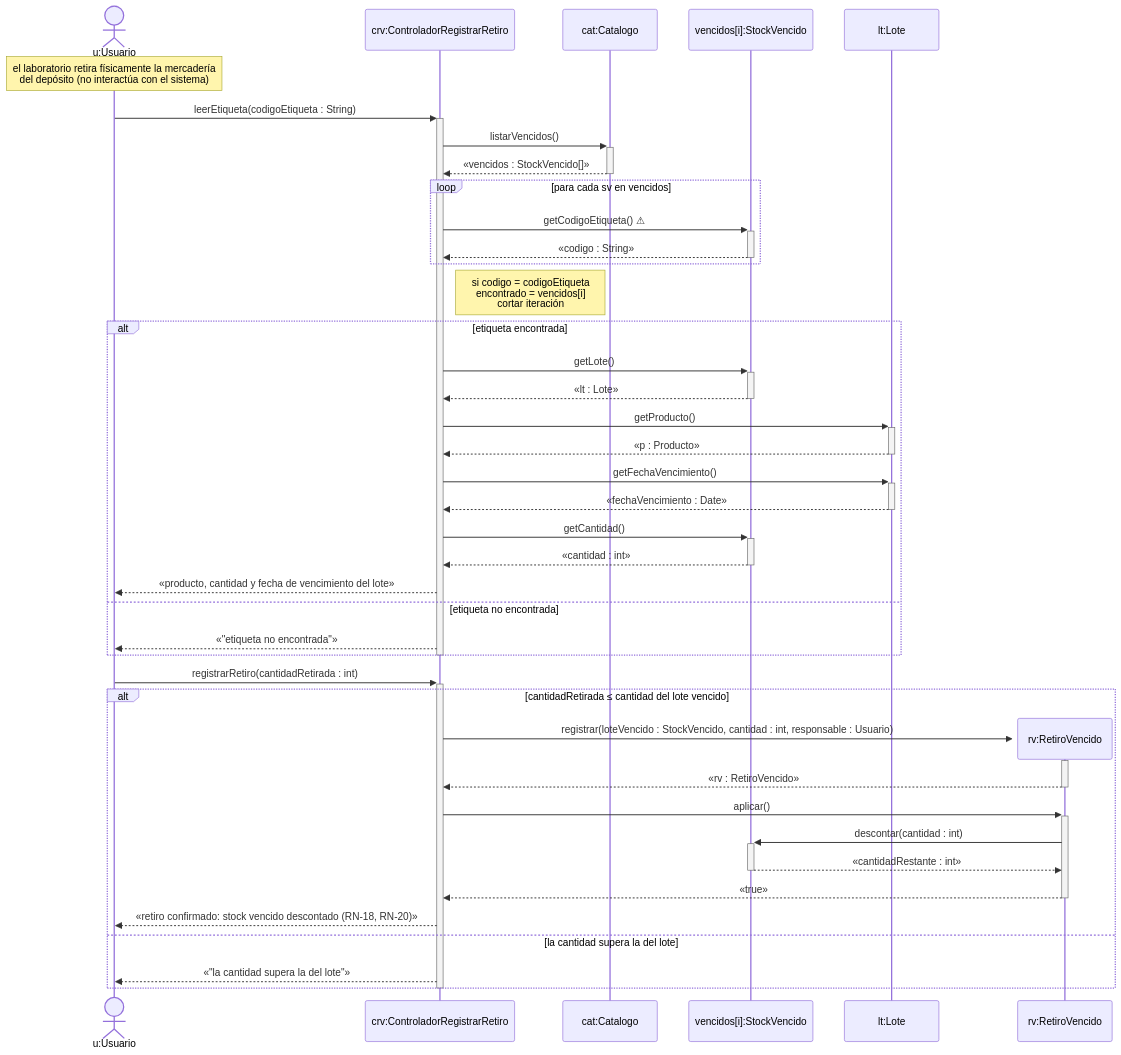
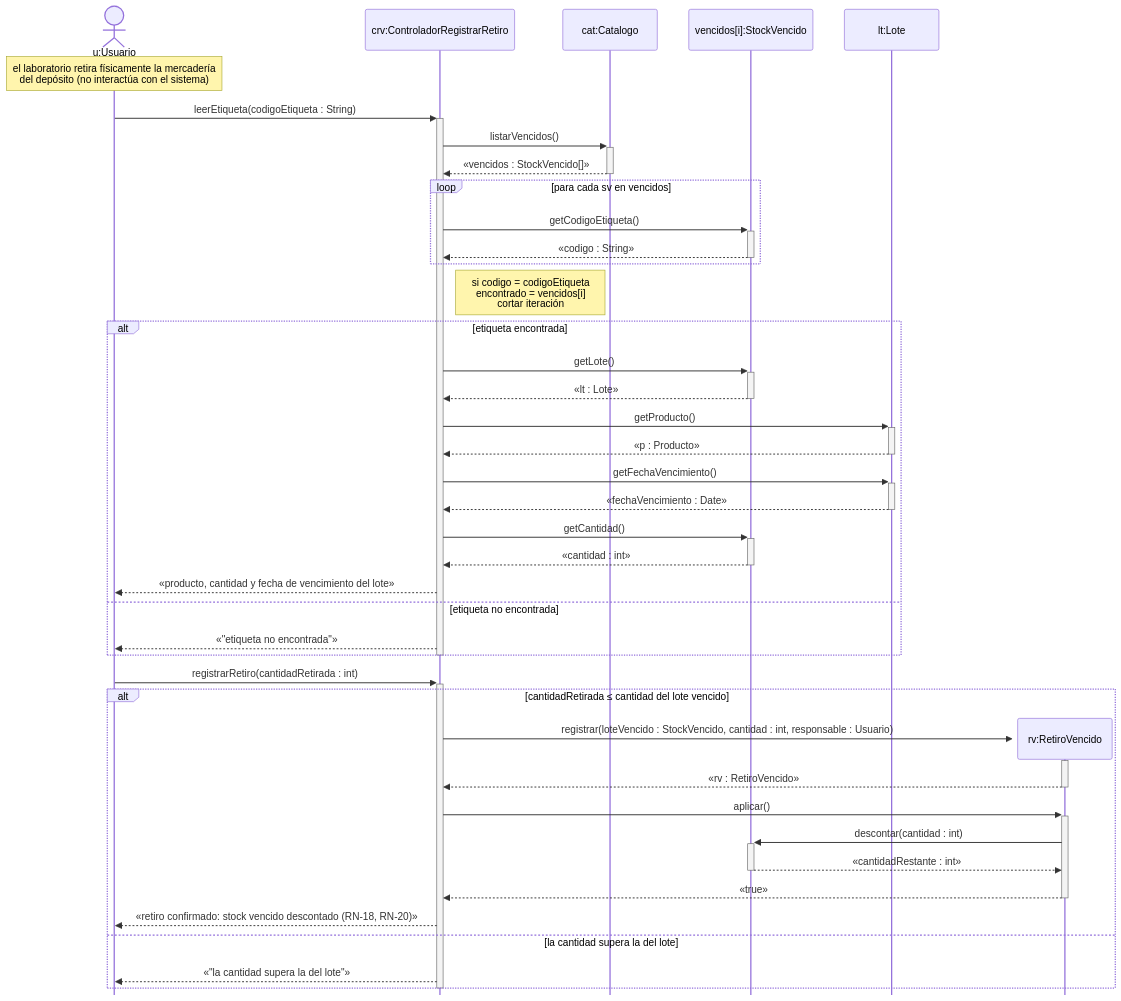
One commit to cirotop/Stock-Project changed the tenth of 12 diagrams in 08-Diagrama De Secuencia/Diagramas_de_Secuencia.md. Above: the diagram before and after it, drawn with Mermaid. The commit also changed other lines of this file and 2 other files, not shown here.

````diff
--- a/08-Diagrama De Secuencia/Diagramas_de_Secuencia.md
+++ b/08-Diagrama De Secuencia/Diagramas_de_Secuencia.md
@@ -330,47 +338,48 @@
 ```mermaid
+%%{init: {"sequence": {"mirrorActors": false}, "themeCSS": ".loopLine { stroke-dasharray: none !important; stroke-width: 1.5px !important; }"}}%%
 sequenceDiagram
     actor u as u:Usuario
     participant crv as crv:ControladorRegistrarRetiro
     participant cat as cat:Catalogo
     participant sv as vencidos[i]:StockVencido
     participant lt as lt:Lote
 
     Note over u: el laboratorio retira físicamente la mercadería<br/>del depósito (no interactúa con el sistema)
     u->>+crv: leerEtiqueta(codigoEtiqueta : String)
     crv->>+cat: listarVencidos()
     cat-->>-crv: «vencidos : StockVencido[]»
     loop para cada sv en vencidos
-        crv->>+sv: getCodigoEtiqueta() ⚠
+        crv->>+sv: getCodigoEtiqueta()
         sv-->>-crv: «codigo : String»
     end
     Note right of crv: si codigo = codigoEtiqueta<br/>encontrado = vencidos[i]<br/>cortar iteración
     alt etiqueta encontrada
         crv->>+sv: getLote()
         sv-->>-crv: «lt : Lote»
         crv->>+lt: getProducto()
         lt-->>-crv: «p : Producto»
         crv->>+lt: getFechaVencimiento()
         lt-->>-crv: «fechaVencimiento : Date»
         crv->>+sv: getCantidad()
         sv-->>-crv: «cantidad : int»
         crv-->>u: «producto, cantidad y fecha de vencimiento del lote»
     else etiqueta no encontrada
         crv-->>u: «"etiqueta no encontrada"»
     end
     deactivate crv
 
     u->>+crv: registrarRetiro(cantidadRetirada : int)
     alt cantidadRetirada ≤ cantidad del lote vencido
         create participant rv as rv:RetiroVencido
         crv->>+rv: registrar(loteVencido : StockVencido, cantidad : int, responsable : Usuario)
         rv-->>-crv: «rv : RetiroVencido»
         crv->>+rv: aplicar()
         rv->>+sv: descontar(cantidad : int)
         sv-->>-rv: «cantidadRestante : int»
         rv-->>-crv: «true»
         crv-->>u: «retiro confirmado: stock vencido descontado (RN-18, RN-20)»
     else la cantidad supera la del lote
         crv-->>u: «"la cantidad supera la del lote"»
     end
     deactivate crv
 ```
````
